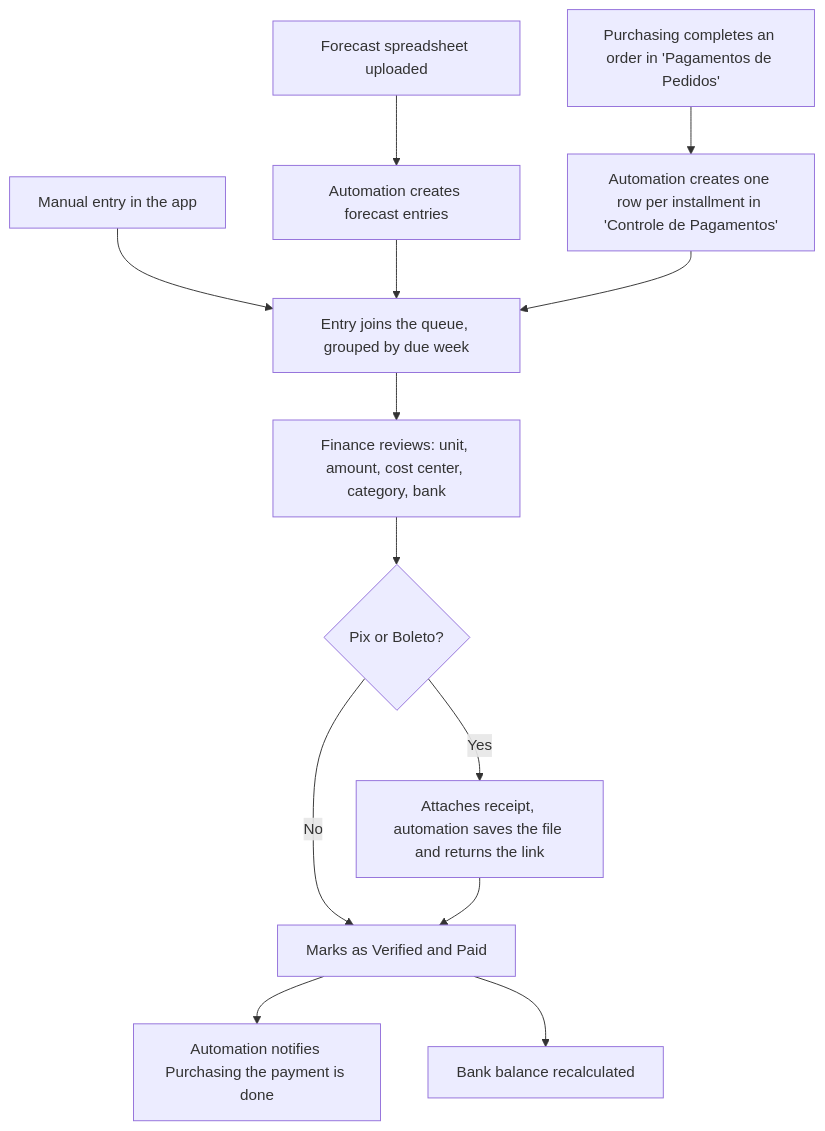
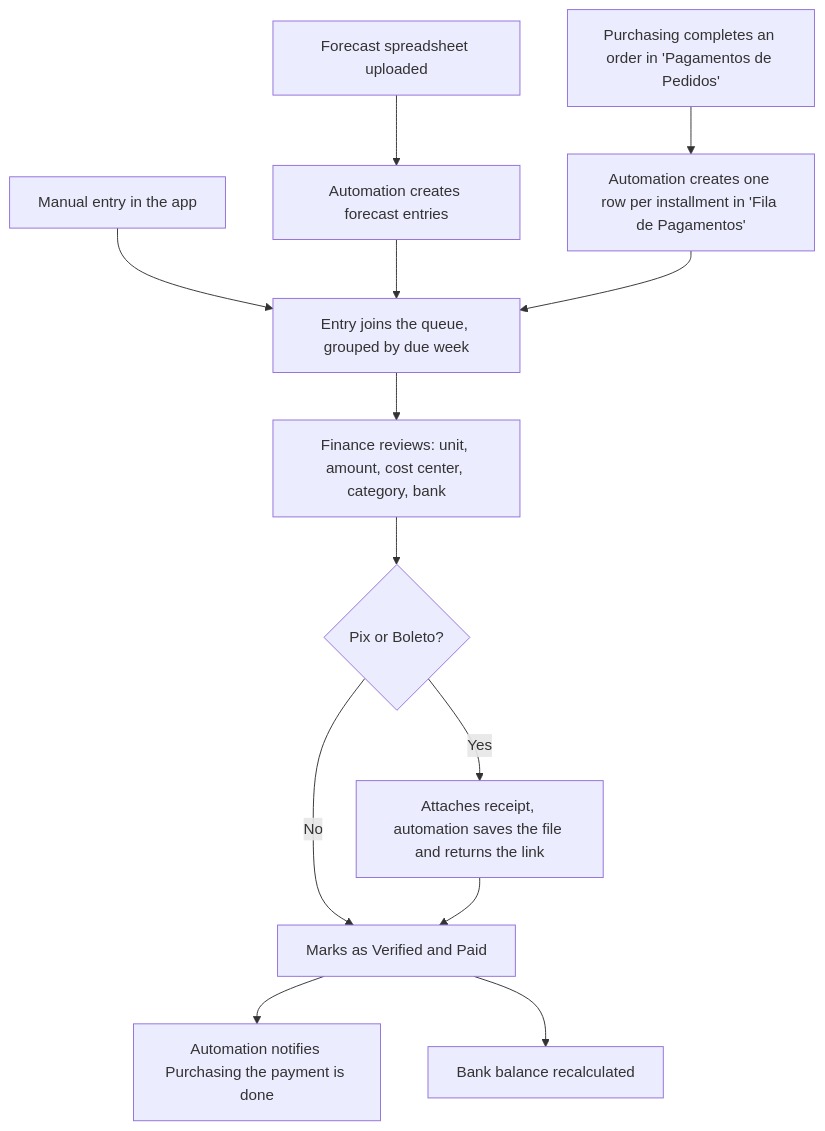
One commit to zenvv/portifolio changed the first of 3 diagrams in public/projects/bello-financeiro/content/en.md. Above: the diagram before and after it, drawn with Mermaid. The commit also changed other lines of this file and 76 other files, not shown here.

````diff
--- a/public/projects/bello-financeiro/content/en.md
+++ b/public/projects/bello-financeiro/content/en.md
@@ -21,15 +23,15 @@
 ```mermaid
 flowchart TD
-    A[Purchasing completes an order in 'Pagamentos de Pedidos'] --> B[Automation creates one row per installment in 'Controle de Pagamentos']
+    A[Purchasing completes an order in 'Pagamentos de Pedidos'] --> B[Automation creates one row per installment in 'Fila de Pagamentos']
     M[Manual entry in the app] --> C
     P[Forecast spreadsheet uploaded] --> PA[Automation creates forecast entries]
     PA --> C
     B --> C[Entry joins the queue, grouped by due week]
     C --> D[Finance reviews: unit, amount, cost center, category, bank]
     D --> E{Pix or Boleto?}
     E -->|Yes| F[Attaches receipt, automation saves the file and returns the link]
     E -->|No| G
     F --> G[Marks as Verified and Paid]
     G --> H[Automation notifies Purchasing the payment is done]
     G --> I[Bank balance recalculated]
 ```
````
